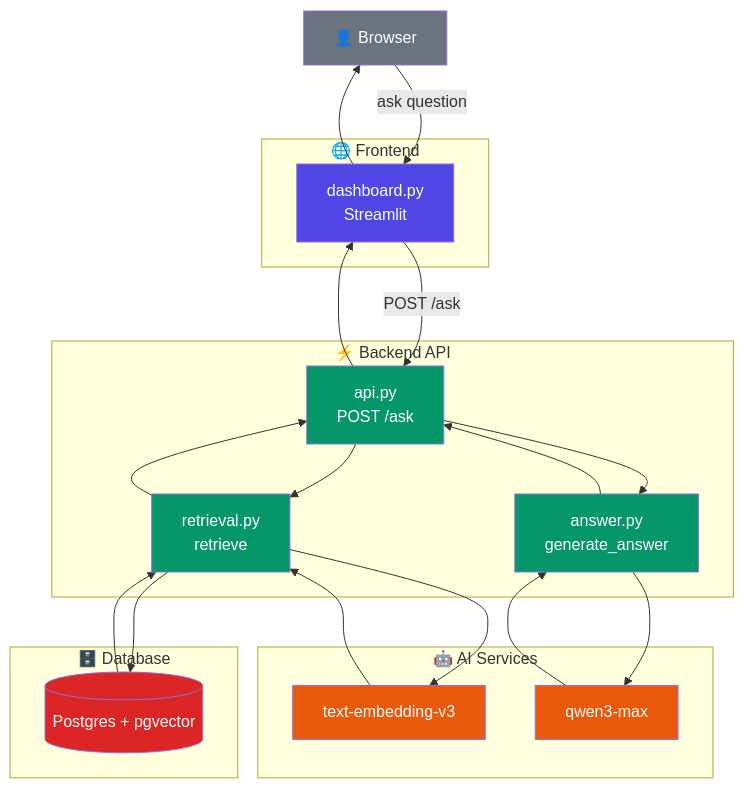
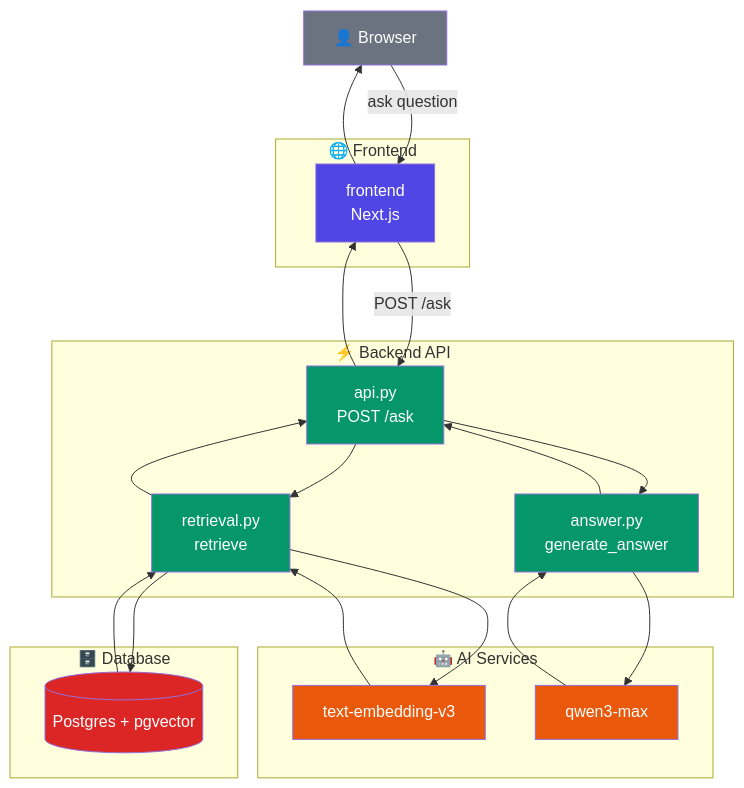
The diagram in README.md (MomoSolaris8/SupportAgentOne), drawn with Mermaid before and after one commit. The commit also changed other lines of this file and 2 other files, not shown here.

````diff
--- a/README.md
+++ b/README.md
@@ -9,56 +9,56 @@
 ```mermaid
 graph TD
     User[👤 Browser]
 
     subgraph SC["🌐 Frontend"]
-        Dashboard[dashboard.py<br/>Streamlit]
+        Dashboard[frontend<br/>Next.js]
     end
 
     subgraph VC["⚡ Backend API"]
         API[api.py<br/>POST /ask]
         Retrieval[retrieval.py<br/>retrieve]
         Answer[answer.py<br/>generate_answer]
     end
 
     subgraph SB["🗄️ Database"]
         PG[(Postgres + pgvector)]
     end
 
     subgraph DS["🤖 AI Services"]
         Embed[text-embedding-v3]
         Chat[qwen3-max]
     end
 
     User -->|ask question| Dashboard
     Dashboard -->|POST /ask| API
 
     API --> Retrieval
     Retrieval --> Embed
     Embed --> Retrieval
 
     Retrieval --> PG
     PG --> Retrieval
 
     Retrieval --> API
 
     API --> Answer
     Answer --> Chat
     Chat --> Answer
 
     Answer --> API
     API --> Dashboard
     Dashboard --> User
 
     %% Colors
     classDef frontend fill:#4f46e5,color:#fff
     classDef backend fill:#059669,color:#fff
     classDef database fill:#dc2626,color:#fff
     classDef ai fill:#ea580c,color:#fff
     classDef user fill:#6b7280,color:#fff
 
     class Dashboard frontend
     class API,Retrieval,Answer backend
     class PG database
     class Embed,Chat ai
     class User user
 ```
````
